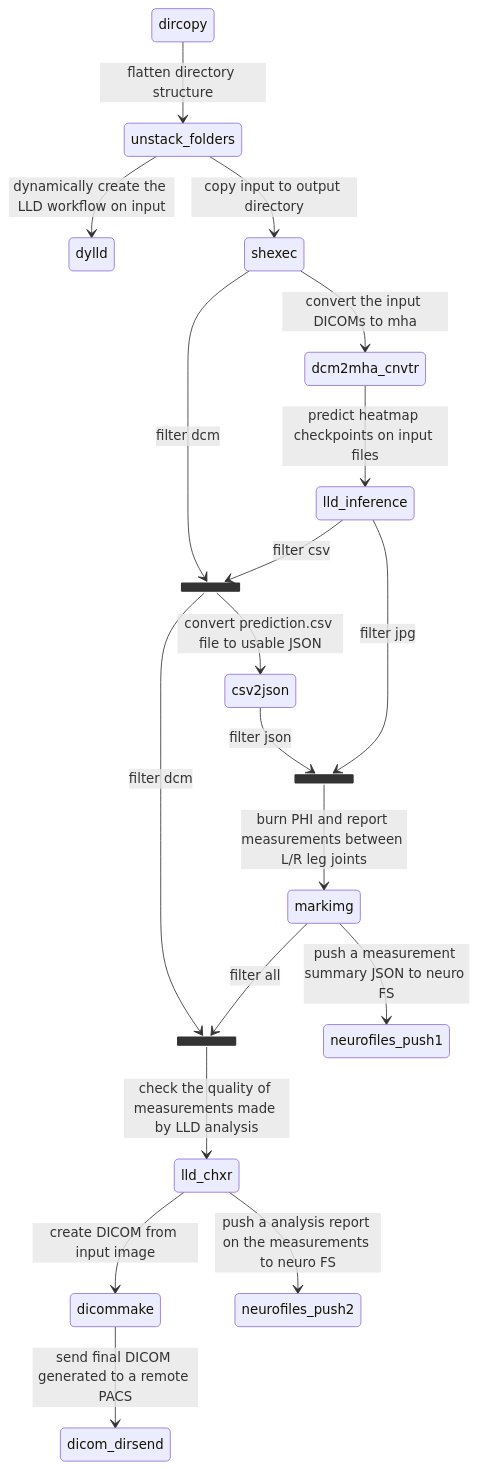
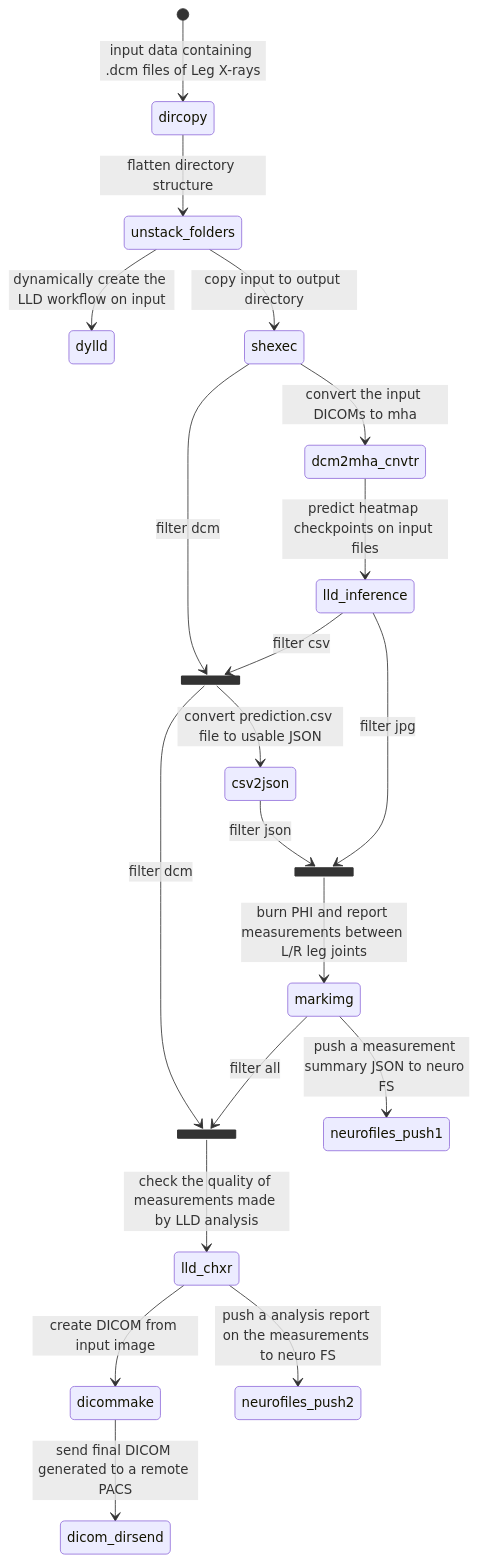
The diagram in workflows/LLD.md (FNNDSC/CHRIS_docs), drawn with Mermaid before and after one commit.

Commit message:
define source data

````diff
--- a/workflows/LLD.md
+++ b/workflows/LLD.md
@@ -22,25 +22,26 @@
 ```mermaid
    stateDiagram-v2
+    [*] --> dircopy: input data containing .dcm files of Leg X-rays
     dircopy --> unstack_folders: flatten directory structure
     unstack_folders --> dylld: dynamically create the LLD workflow on input
     unstack_folders --> shexec: copy input to output directory
     shexec --> dcm2mha_cnvtr: convert the input DICOMs to mha
     state topologicalcopy1 <<join>>
     state topologicalcopy2 <<join>>
     state topologicalcopy3 <<join>>
     shexec --> topologicalcopy2: filter dcm
     topologicalcopy2 --> csv2json: convert prediction.csv file to usable JSON
     topologicalcopy2 --> topologicalcopy3: filter dcm
     topologicalcopy3 --> lld_chxr: check the quality of measurements made by LLD analysis
     lld_chxr --> dicommake: create DICOM from input image
     lld_chxr --> neurofiles_push2: push a analysis report on the measurements to neuro FS
-    dicommake --> dicom_dirsend: send final DICOM generated to a remote PACS 
+    dicommake --> dicom_dirsend: send final DICOM generated to a remote PACS
     csv2json --> topologicalcopy1: filter json
     dcm2mha_cnvtr --> lld_inference: predict heatmap checkpoints on input files
     lld_inference --> topologicalcopy1: filter jpg
     lld_inference --> topologicalcopy2: filter csv
     topologicalcopy1 --> markimg: burn PHI and report measurements between L/R leg joints
     markimg --> neurofiles_push1: push a measurement summary JSON to neuro FS
     markimg --> topologicalcopy3: filter all
     
 ```
````
